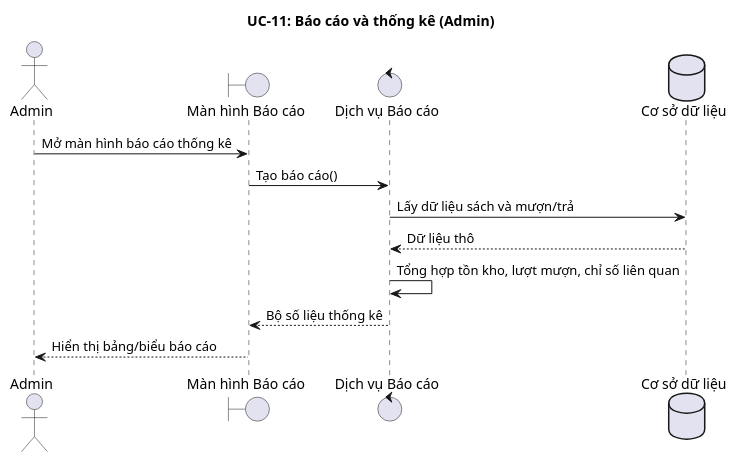
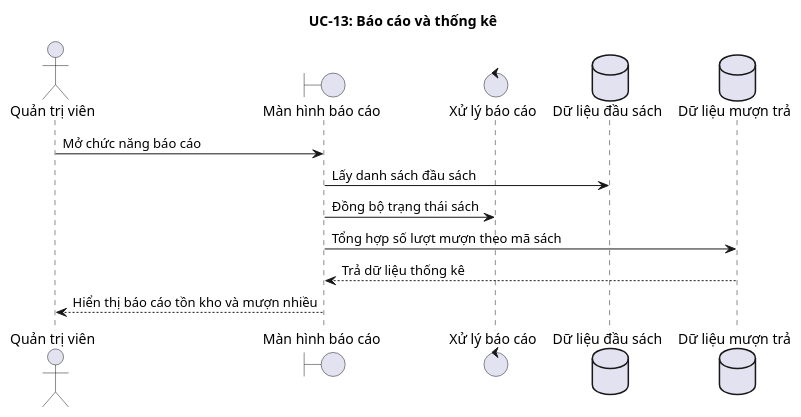
Diagram 13 of 14 in docs/SEQUENCE_UC_DA_LAM.md (TienDungwork/Nhom3_PTTK-HTTT), drawn with PlantUML before and after one commit. The commit also changed other lines of this file and 22 other files, not shown here.

````diff
--- a/docs/SEQUENCE_UC_DA_LAM.md
+++ b/docs/SEQUENCE_UC_DA_LAM.md
@@ -271,18 +338,18 @@
 ```puml
 @startuml
-title UC-11: Báo cáo và thống kê (Admin)
+title UC-13: Báo cáo và thống kê
 
-actor Admin
-boundary ReportUI as "Màn hình Báo cáo"
-control ReportService as "Dịch vụ Báo cáo"
-database AnalyticsDB as "Cơ sở dữ liệu"
+actor QuanTriVien as "Quản trị viên"
+boundary ManHinhBaoCao as "Màn hình báo cáo"
+control XuLyBaoCao as "Xử lý báo cáo"
+database DuLieuDauSach as "Dữ liệu đầu sách"
+database DuLieuMuonTra as "Dữ liệu mượn trả"
 
-Admin -> ReportUI: Mở màn hình báo cáo thống kê
-ReportUI -> ReportService: Tạo báo cáo()
-ReportService -> AnalyticsDB: Lấy dữ liệu sách và mượn/trả
-AnalyticsDB --> ReportService: Dữ liệu thô
-ReportService -> ReportService: Tổng hợp tồn kho, lượt mượn, chỉ số liên quan
-ReportService --> ReportUI: Bộ số liệu thống kê
-ReportUI --> Admin: Hiển thị bảng/biểu báo cáo
+QuanTriVien -> ManHinhBaoCao: Mở chức năng báo cáo
+ManHinhBaoCao -> DuLieuDauSach: Lấy danh sách đầu sách
+ManHinhBaoCao -> XuLyBaoCao: Đồng bộ trạng thái sách
+ManHinhBaoCao -> DuLieuMuonTra: Tổng hợp số lượt mượn theo mã sách
+DuLieuMuonTra --> ManHinhBaoCao: Trả dữ liệu thống kê
+ManHinhBaoCao --> QuanTriVien: Hiển thị báo cáo tồn kho và mượn nhiều
 @enduml
 ```
````
